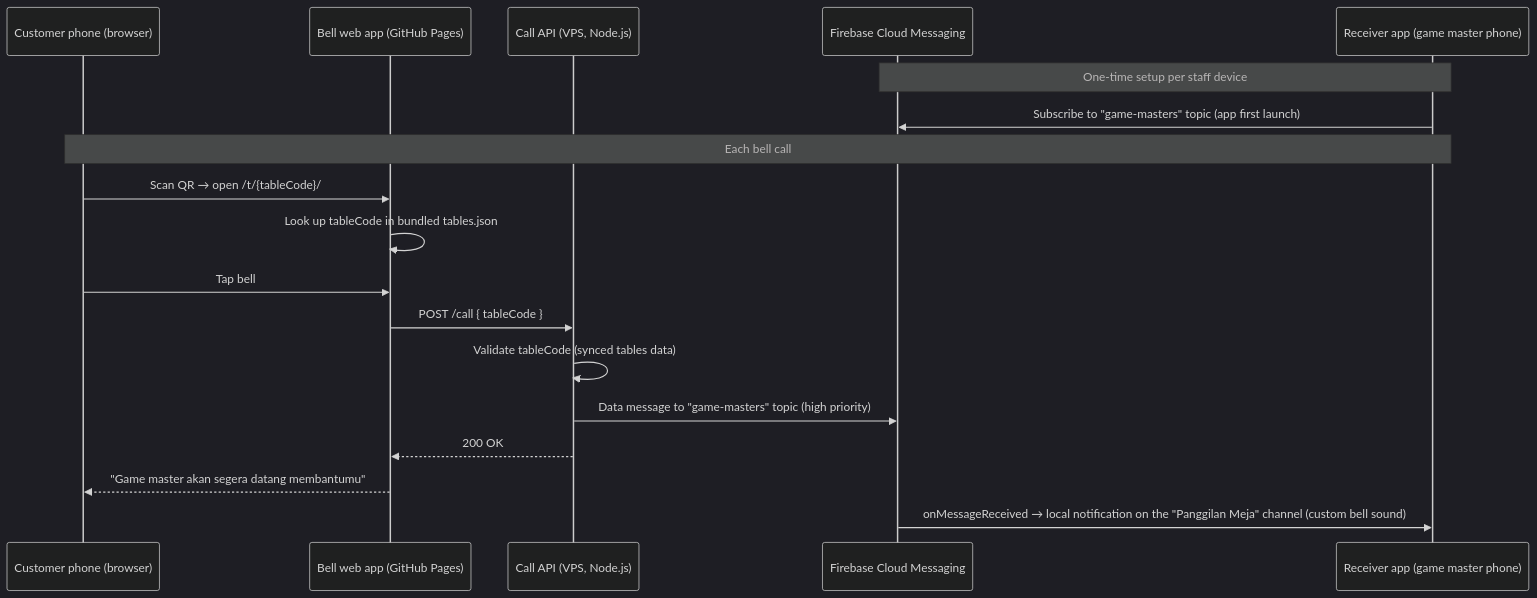
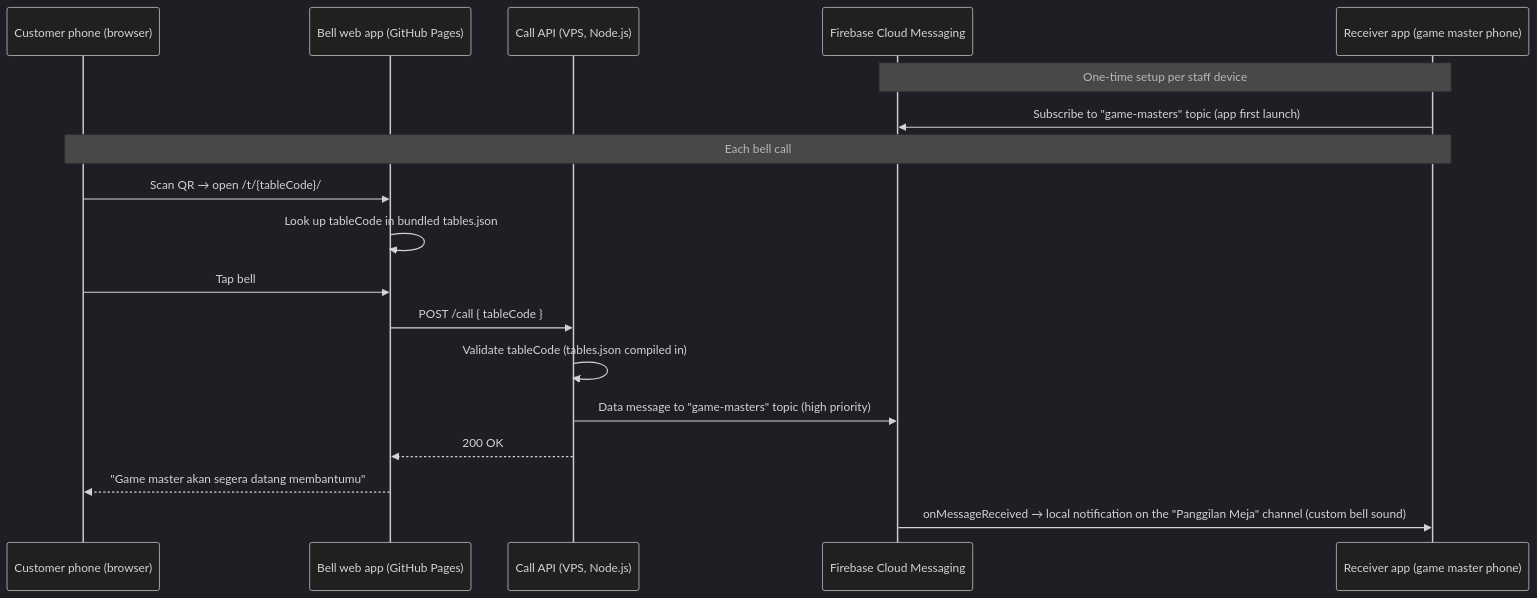
The first of 2 diagrams in docs/PRD-v3.md (gatherloop/game-master-bell), drawn with Mermaid (dark theme) before and after one commit. The commit also changed other lines of this file, not shown here.

````diff
--- a/docs/PRD-v3.md
+++ b/docs/PRD-v3.md
@@ -94,22 +126,22 @@
 ```mermaid
 sequenceDiagram
     participant C as Customer phone (browser)
     participant W as Bell web app (GitHub Pages)
     participant API as Call API (VPS, Node.js)
     participant FCM as Firebase Cloud Messaging
     participant G as Receiver app (game master phone)
 
     Note over G,FCM: One-time setup per staff device
     G->>FCM: Subscribe to "game-masters" topic (app first launch)
 
     Note over C,G: Each bell call
     C->>W: Scan QR → open /t/{tableCode}/
     W->>W: Look up tableCode in bundled tables.json
     C->>W: Tap bell
     W->>API: POST /call { tableCode }
-    API->>API: Validate tableCode (synced tables data)
+    API->>API: Validate tableCode (tables.json compiled in)
     API->>FCM: Data message to "game-masters" topic (high priority)
     API-->>W: 200 OK
     W-->>C: "Game master akan segera datang membantumu"
     FCM->>G: onMessageReceived → local notification on the "Panggilan Meja" channel (custom bell sound)
 ```
````
